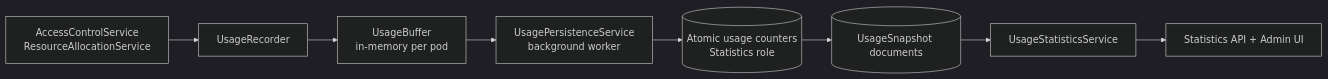
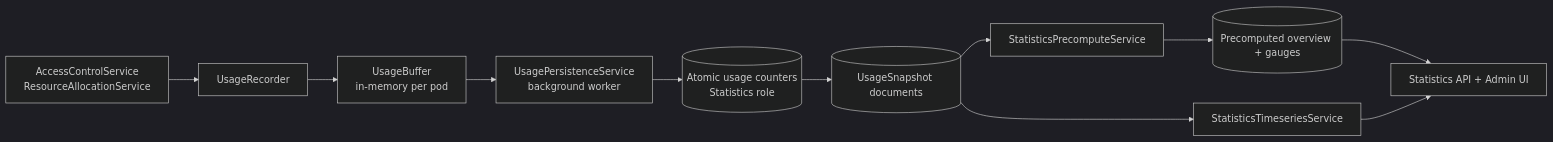
Before and after one commit to ShaharMS/ClientManager: the diagram in docs/core/usage-and-observability.md, drawn with Mermaid (dark theme). The commit also changed other lines of this file and 4 other files, not shown here.

Commit message:
Update docs and scripts for simplified statistics API.

````diff
--- a/docs/core/usage-and-observability.md
+++ b/docs/core/usage-and-observability.md
@@ -24,10 +24,13 @@
 ```mermaid
 flowchart LR
     hot[AccessControlService<br/>ResourceAllocationService] --> rec[UsageRecorder]
     rec --> buf[UsageBuffer<br/>in-memory per pod]
     buf --> persist[UsagePersistenceService<br/>background worker]
     persist --> counters[(Atomic usage counters<br/>Statistics role)]
     counters --> snap[(UsageSnapshot documents)]
-    snap --> stats[UsageStatisticsService]
-    stats --> api[Statistics API + Admin UI]
+    snap --> pre[StatisticsPrecomputeService]
+    pre --> meta[(Precomputed overview + gauges)]
+    snap --> ts[StatisticsTimeseriesService]
+    meta --> api[Statistics API + Admin UI]
+    ts --> api
 ```
````
